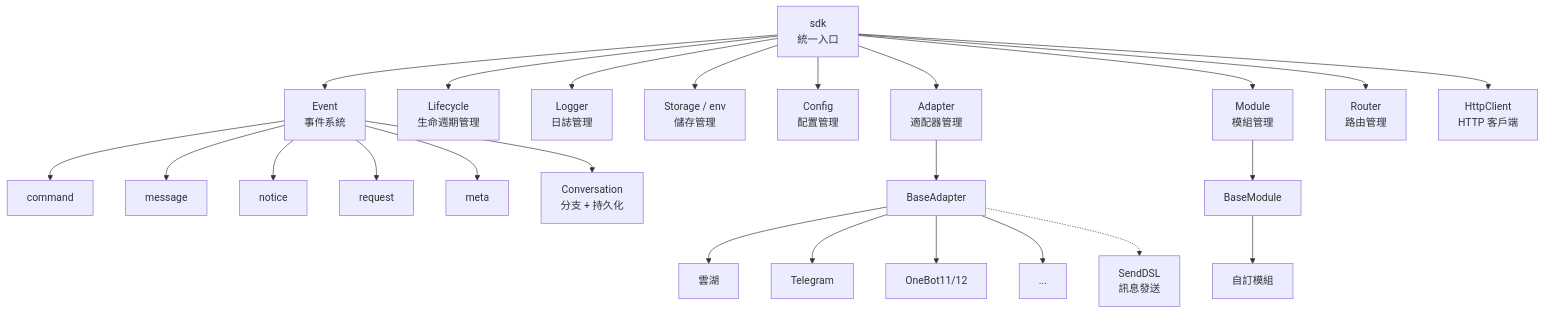
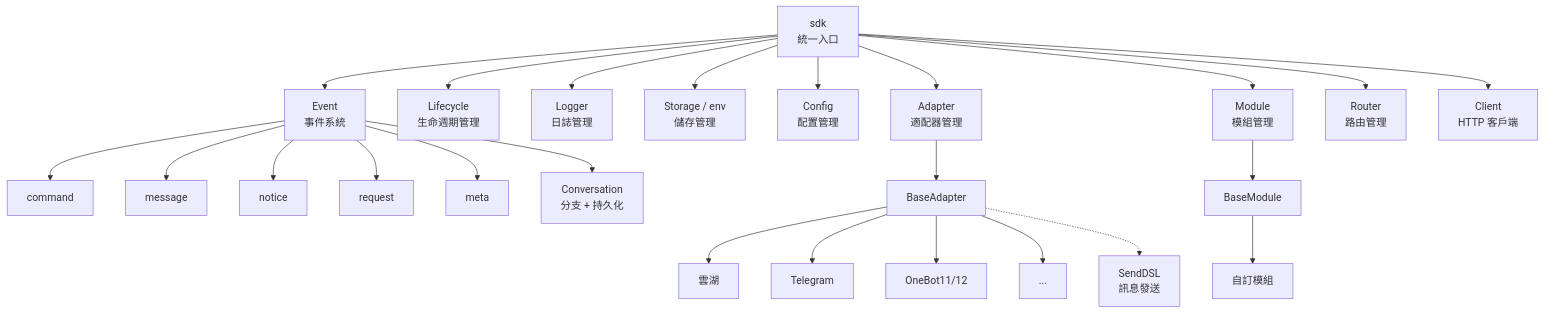
One commit to ErisPulse/ErisPulse changed the first of 8 diagrams in docs/zh-TW/architecture.md. Above: the diagram before and after it, drawn with Mermaid. The commit also changed other lines of this file and 31 other files, not shown here.

````diff
--- a/docs/zh-TW/architecture.md
+++ b/docs/zh-TW/architecture.md
@@ -13,31 +13,31 @@
 ```mermaid
 graph TB
     SDK["sdk<br/>統一入口"]
 
     SDK --> Event["Event<br/>事件系統"]
     SDK --> Lifecycle["Lifecycle<br/>生命週期管理"]
     SDK --> Logger["Logger<br/>日誌管理"]
     SDK --> Storage["Storage / env<br/>儲存管理"]
     SDK --> Config["Config<br/>配置管理"]
     SDK --> AdapterMgr["Adapter<br/>適配器管理"]
     SDK --> ModuleMgr["Module<br/>模組管理"]
     SDK --> Router["Router<br/>路由管理"]
-    SDK --> Client["HttpClient<br/>HTTP 客戶端"]
+    SDK --> Client["Client<br/>HTTP 客戶端"]
     Event --> Command["command"]
     Event --> Message["message"]
     Event --> Notice["notice"]
     Event --> Request["request"]
     Event --> Meta["meta"]
     Event --> Conversation["Conversation<br/>分支 + 持久化"]
 
     AdapterMgr --> BaseAdapter["BaseAdapter"]
     BaseAdapter --> P1["雲湖"]
     BaseAdapter --> P2["Telegram"]
     BaseAdapter --> P3["OneBot11/12"]
     BaseAdapter --> PN["..."]
 
     ModuleMgr --> BaseModule["BaseModule"]
     BaseModule --> CM["自訂模組"]
 
     BaseAdapter -.-> SendDSL["SendDSL<br/>訊息發送"]
 ```
````
